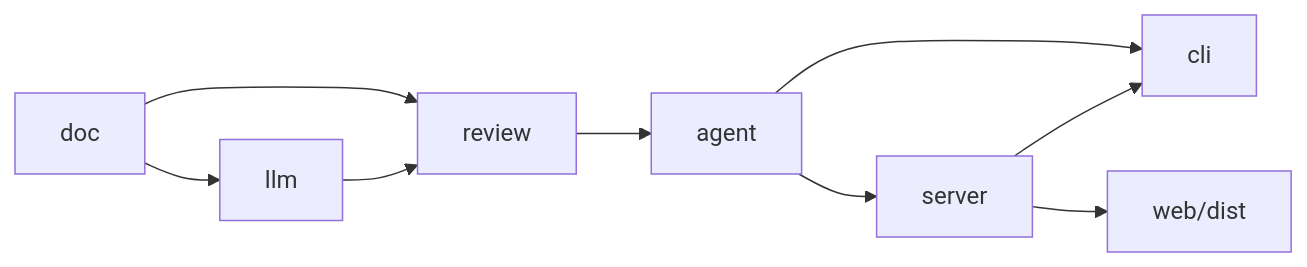
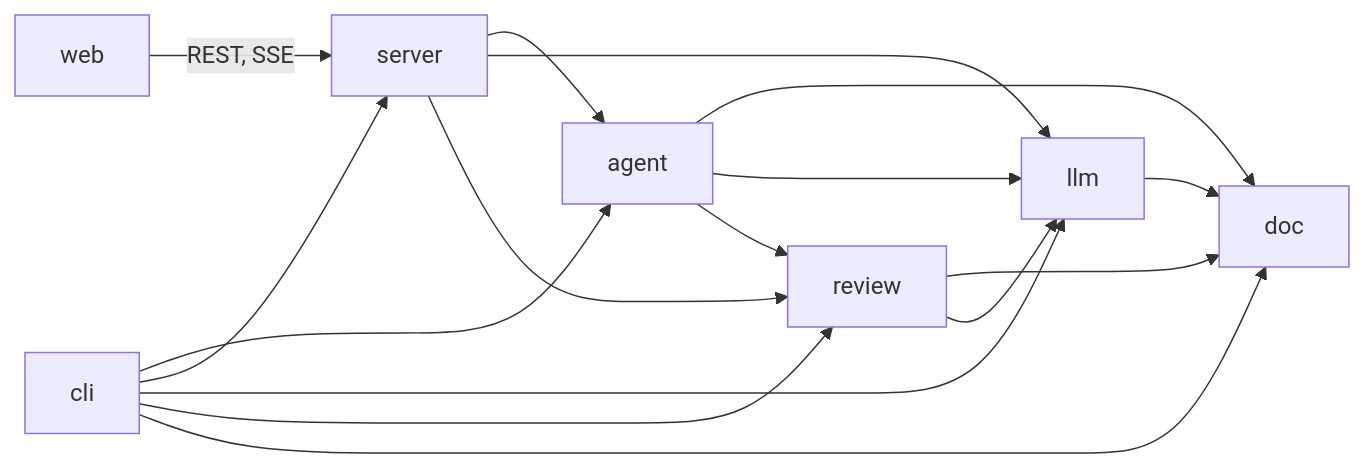
The first of 2 diagrams in docs/architecture.md (mathalama/ai-agent-challenge), drawn with Mermaid before and after one commit. The commit also changed other lines of this file and 1 other file, not shown here.

Commit message:
Document crate dependency graph and architectural decisions

````diff
--- a/docs/architecture.md
+++ b/docs/architecture.md
@@ -3,11 +5,18 @@
 ```mermaid
 flowchart LR
-    doc --> llm
-    doc --> review
-    llm --> review
-    review --> agent
-    agent --> cli
-    agent --> server
-    server --> cli
-    server --> web[web/dist]
+    llm --> doc
+    review --> doc
+    review --> llm
+    agent --> doc
+    agent --> llm
+    agent --> review
+    server --> agent
+    server --> llm
+    server --> review
+    cli --> agent
+    cli --> server
+    cli --> llm
+    cli --> review
+    cli --> doc
+    web -->|REST, SSE| server
 ```
````
